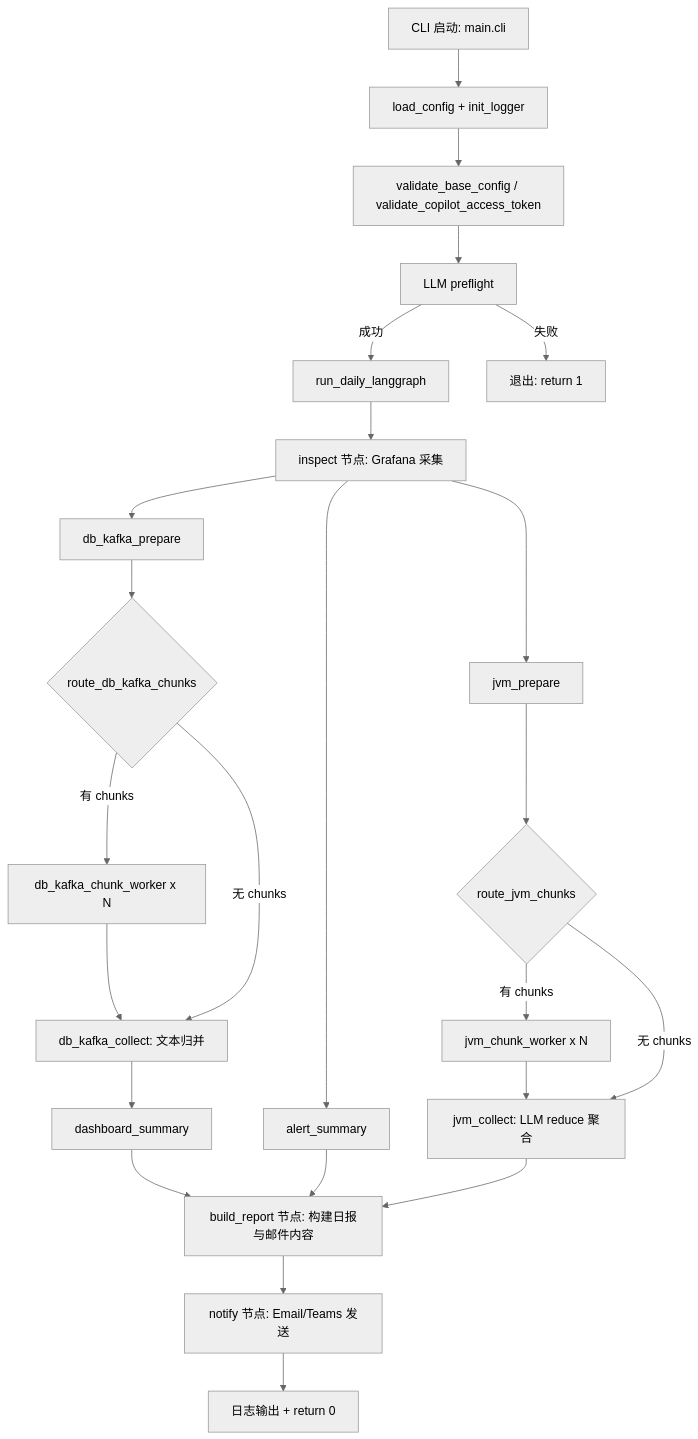
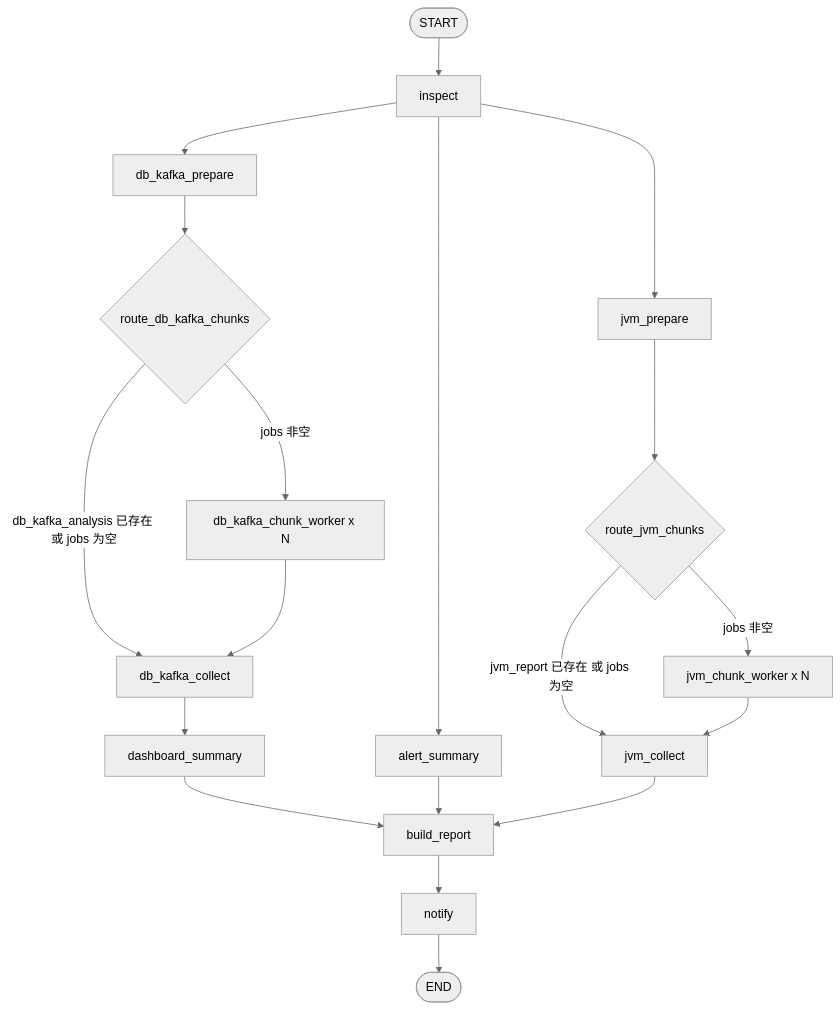
Before and after one commit to gengjie/grafana-inspection-agent: the first of 4 diagrams in ARCHITECTURE.zh-CN.md, drawn with Mermaid (neutral theme). The commit also changed other lines of this file and 1 other file, not shown here.

Commit message:
fix pipeline errors

````diff
--- a/ARCHITECTURE.zh-CN.md
+++ b/ARCHITECTURE.zh-CN.md
@@ -47,31 +47,26 @@
 ```mermaid
 flowchart TD
-    A[CLI 启动: main.cli] --> B[load_config + init_logger]
-    B --> C[validate_base_config / validate_copilot_access_token]
-    C --> D[LLM preflight]
-    D -->|成功| E[run_daily_langgraph]
-    D -->|失败| Z1[退出: return 1]
+    S([START]) --> I[inspect]
 
-    E --> F[inspect 节点: Grafana 采集]
+    I --> DKP[db_kafka_prepare]
+    I --> AS[alert_summary]
+    I --> JP[jvm_prepare]
 
-    F --> G1[db_kafka_prepare]
-    G1 --> G2{route_db_kafka_chunks}
-    G2 -->|有 chunks| G3[db_kafka_chunk_worker x N]
-    G3 --> G4[db_kafka_collect: 文本归并]
-    G2 -->|无 chunks| G4
-    G4 --> G5[dashboard_summary]
+    DKP --> RDK{route_db_kafka_chunks}
+    RDK -->|db_kafka_analysis 已存在 或 jobs 为空| DKC[db_kafka_collect]
+    RDK -->|jobs 非空| DKW[db_kafka_chunk_worker x N]
+    DKW --> DKC
+    DKC --> DS[dashboard_summary]
 
-    F --> H1[alert_summary]
+    JP --> RJ{route_jvm_chunks}
+    RJ -->|jvm_report 已存在 或 jobs 为空| JC[jvm_collect]
+    RJ -->|jobs 非空| JKW[jvm_chunk_worker x N]
+    JKW --> JC
 
-    F --> J1[jvm_prepare]
-    J1 --> J2{route_jvm_chunks}
-    J2 -->|有 chunks| J3[jvm_chunk_worker x N]
-    J3 --> J4[jvm_collect: LLM reduce 聚合]
-    J2 -->|无 chunks| J4
+    DS --> BR[build_report]
+    AS --> BR
+    JC --> BR
 
-    G5 --> I[build_report 节点: 构建日报与邮件内容]
-    H1 --> I
-    J4 --> I
-    I --> J[notify 节点: Email/Teams 发送]
-    J --> K[日志输出 + return 0]
+    BR --> N[notify]
+    N --> E([END])
 ```
````
